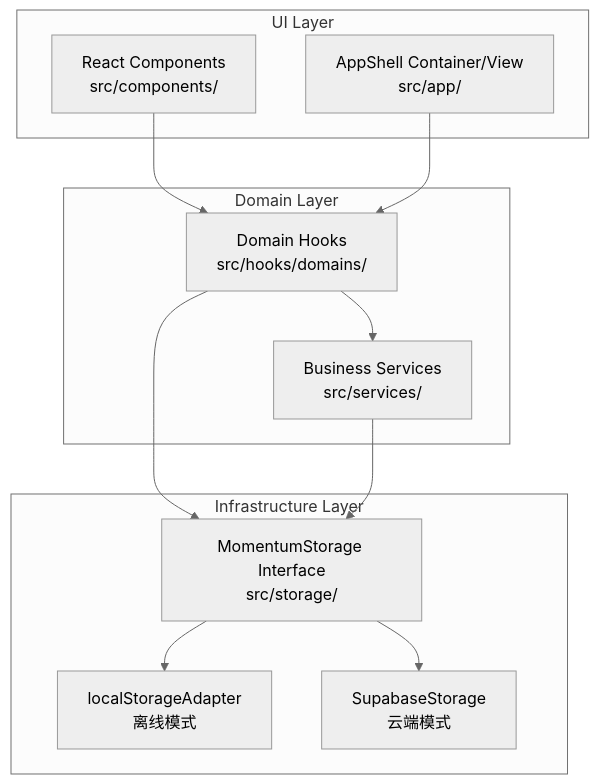
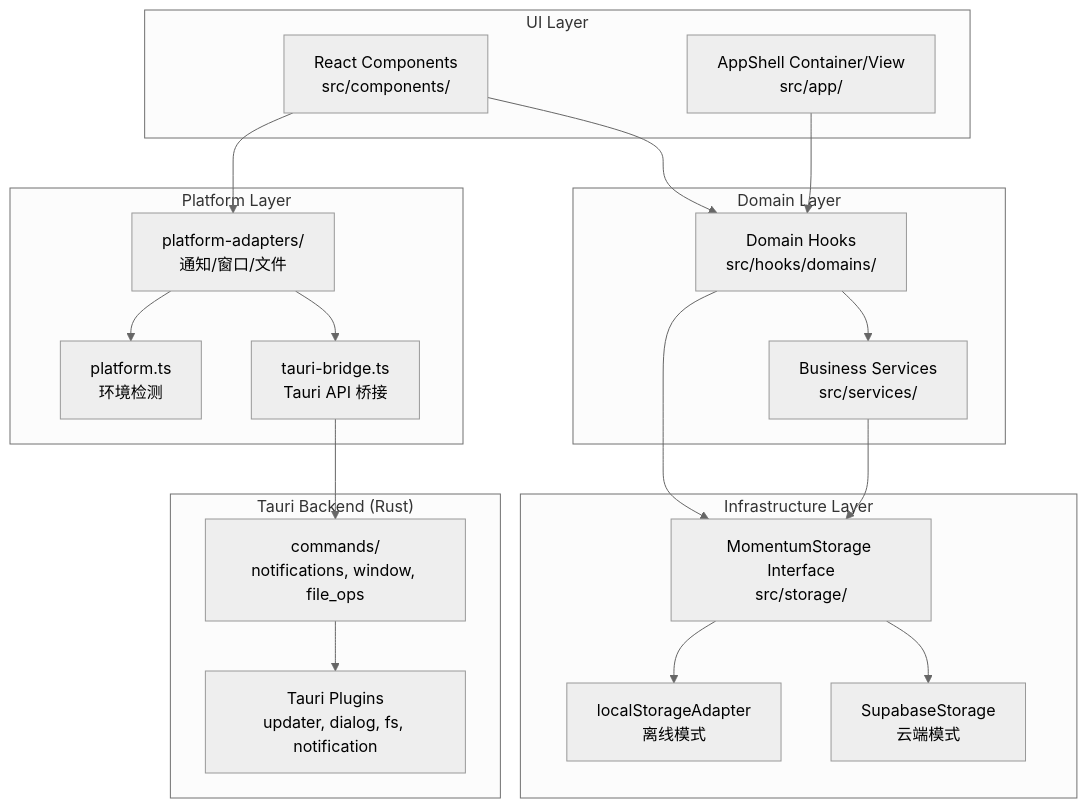
The first of 3 diagrams in docs/guides/ARCHITECTURE.md (cw419/momentum), drawn with Mermaid (neutral theme) before and after one commit. The commit also changed other lines of this file and 5 other files, not shown here.

````diff
--- a/docs/guides/ARCHITECTURE.md
+++ b/docs/guides/ARCHITECTURE.md
@@ -9,26 +9,42 @@
 ```mermaid
 graph TD
     subgraph "UI Layer"
         Components[React Components<br/>src/components/]
         AppShell[AppShell Container/View<br/>src/app/]
     end
 
     subgraph "Domain Layer"
         DomainHooks[Domain Hooks<br/>src/hooks/domains/]
         Services[Business Services<br/>src/services/]
     end
 
     subgraph "Infrastructure Layer"
         StorageInterface[MomentumStorage Interface<br/>src/storage/]
         LocalAdapter[localStorageAdapter<br/>离线模式]
         SupabaseImpl[SupabaseStorage<br/>云端模式]
     end
 
+    subgraph "Platform Layer"
+        PlatformDetect[platform.ts<br/>环境检测]
+        Adapters[platform-adapters/<br/>通知/窗口/文件]
+        TauriBridge[tauri-bridge.ts<br/>Tauri API 桥接]
+    end
+
+    subgraph "Tauri Backend (Rust)"
+        TauriCommands[commands/<br/>notifications, window, file_ops]
+        TauriPlugins[Tauri Plugins<br/>updater, dialog, fs, notification]
+    end
+
     Components --> DomainHooks
     AppShell --> DomainHooks
     DomainHooks --> Services
     DomainHooks --> StorageInterface
     Services --> StorageInterface
     StorageInterface --> LocalAdapter
     StorageInterface --> SupabaseImpl
+    Components --> Adapters
+    Adapters --> PlatformDetect
+    Adapters --> TauriBridge
+    TauriBridge --> TauriCommands
+    TauriCommands --> TauriPlugins
 ```
````
